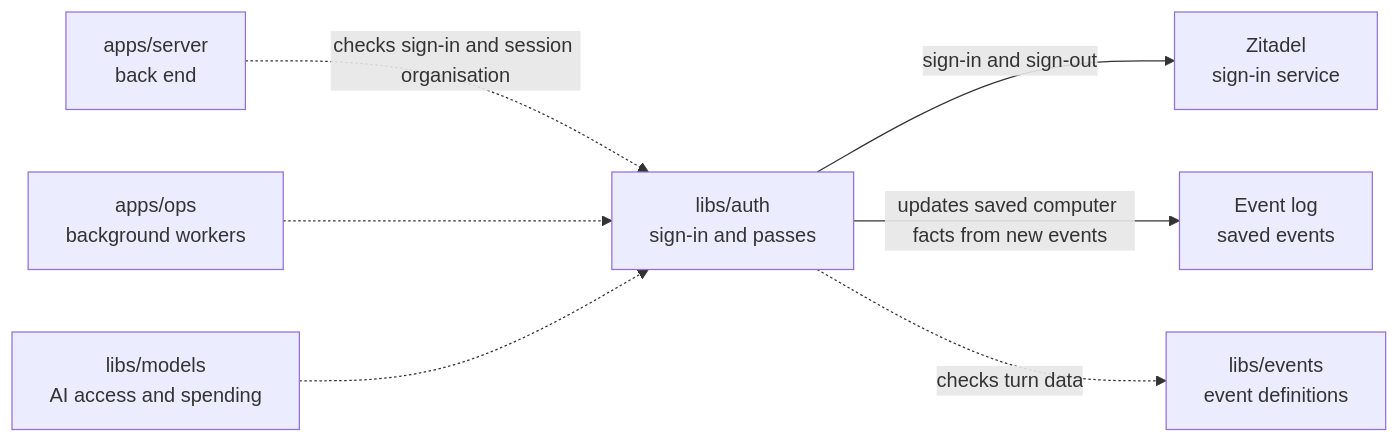
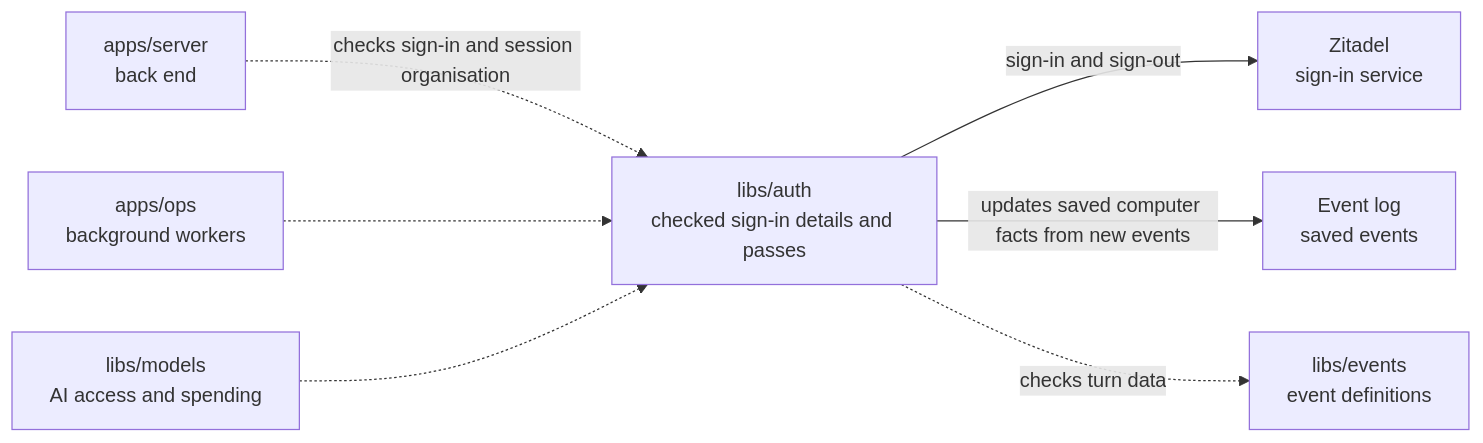
The diagram in libs/auth/README.md (elewa-git/opencrane-new), drawn with Mermaid before and after one commit. The commit also changed other lines of this file and 21 other files, not shown here.

````diff
--- a/libs/auth/README.md
+++ b/libs/auth/README.md
@@ -11,9 +11,9 @@
 ```mermaid
 flowchart LR
-  server["apps/server<br/>back end"] -.->|checks sign-in and session organisation| auth["libs/auth<br/>sign-in and passes"]
+  server["apps/server<br/>back end"] -.->|checks sign-in and session organisation| auth["libs/auth<br/>checked sign-in details and passes"]
   ops["apps/ops<br/>background workers"] -.-> auth
   models["libs/models<br/>AI access and spending"] -.-> auth
   auth -->|sign-in and sign-out| zitadel["Zitadel<br/>sign-in service"]
   auth -->|updates saved computer facts from new events| events["Event log<br/>saved events"]
   auth -.->|checks turn data| catalogue["libs/events<br/>event definitions"]
 ```
````
